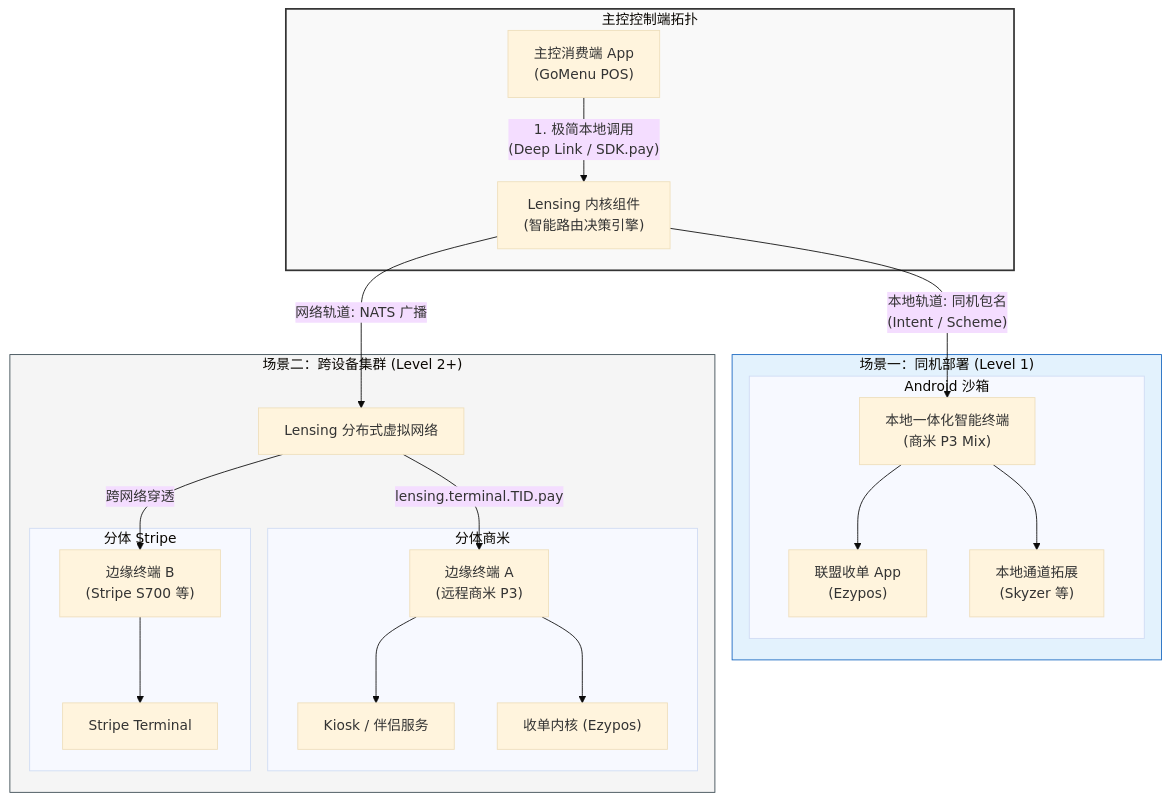
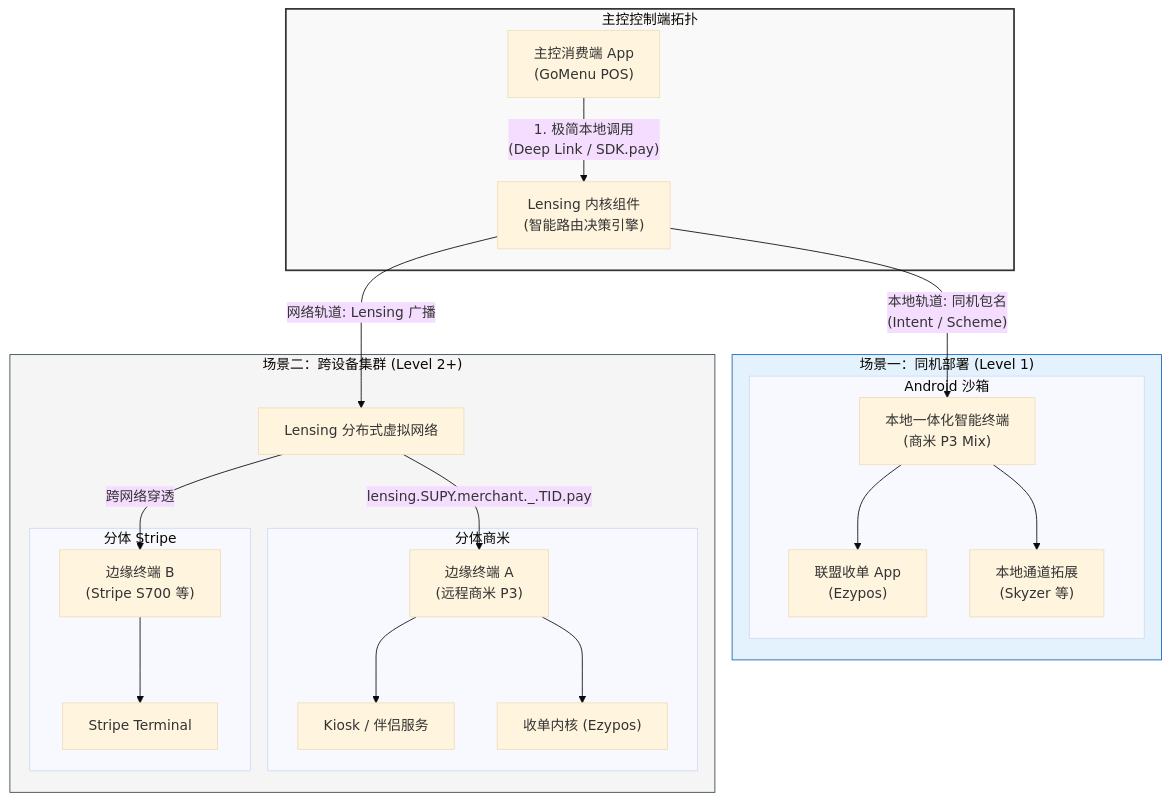
Before and after one commit to posrouter/protocol-specs: the first of 2 diagrams in README_cn.md, drawn with Mermaid (base theme). The commit also changed other lines of this file and 9 other files, not shown here.

````diff
--- a/README_cn.md
+++ b/README_cn.md
@@ -64,31 +65,31 @@
 ```mermaid
 graph TD
     subgraph Master_Zone ["主控控制端拓扑"]
         A["主控消费端 App<br>(GoMenu POS)"] -->|"1. 极简本地调用<br>(Deep Link / SDK.pay)"| B["Lensing 内核组件<br>(智能路由决策引擎)"]
     end
 
     subgraph Scenario_1 ["场景一：同机部署 (Level 1)"]
         B -->|"本地轨道: 同机包名<br>(Intent / Scheme)"| C["本地一体化智能终端<br>(商米 P3 Mix)"]
         subgraph Local_OS ["Android 沙箱"]
             C --> D["联盟收单 App<br>(Ezypos)"]
             C --> E["本地通道拓展<br>(Skyzer 等)"]
         end
     end
 
     subgraph Scenario_2 ["场景二：跨设备集群 (Level 2+)"]
-        B -->|"网络轨道: NATS 广播"| F["Lensing 分布式虚拟网络"]
-        F -->|"lensing.terminal.TID.pay"| G["边缘终端 A<br>(远程商米 P3)"]
+        B -->|"网络轨道: Lensing 广播"| F["Lensing 分布式虚拟网络"]
+        F -->|"lensing.SUPY.merchant._.TID.pay"| G["边缘终端 A<br>(远程商米 P3)"]
         subgraph Remote_Sunmi ["分体商米"]
             G --> H["Kiosk / 伴侣服务"]
             G --> I["收单内核 (Ezypos)"]
         end
         F -->|"跨网络穿透"| J["边缘终端 B<br>(Stripe S700 等)"]
         subgraph Remote_Stripe ["分体 Stripe"]
             J --> K["Stripe Terminal"]
         end
     end
 
     style Master_Zone fill:#f9f9f9,stroke:#333,stroke-width:2px
     style Scenario_1 fill:#e3f2fd,stroke:#1565c0,stroke-width:1px
     style Scenario_2 fill:#f5f5f5,stroke:#37474f,stroke-width:1px
 ```
````
